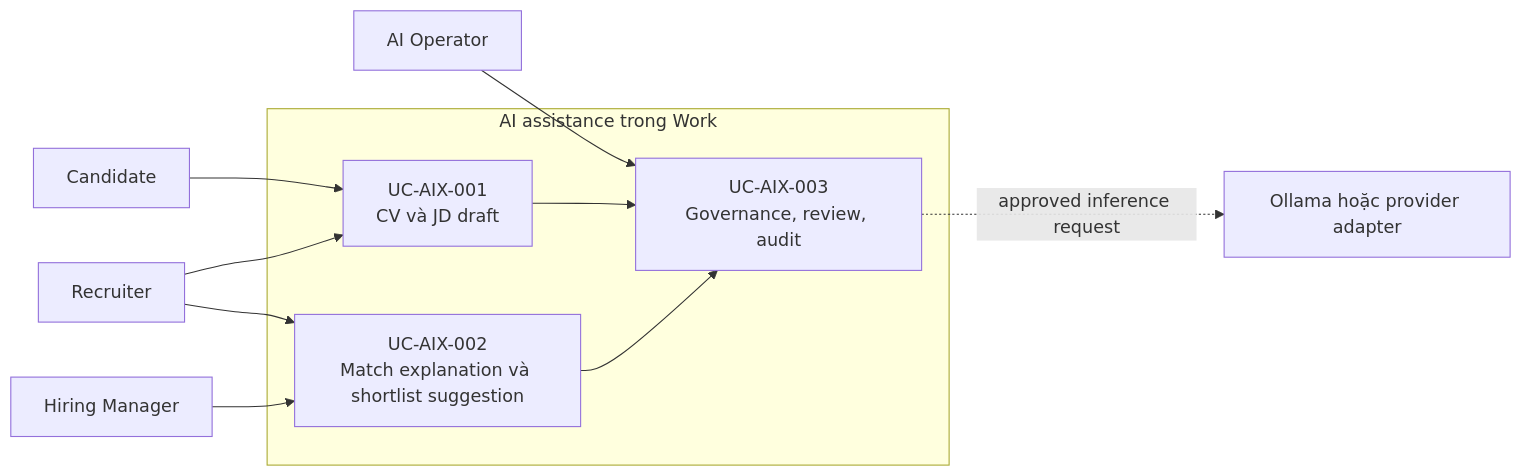
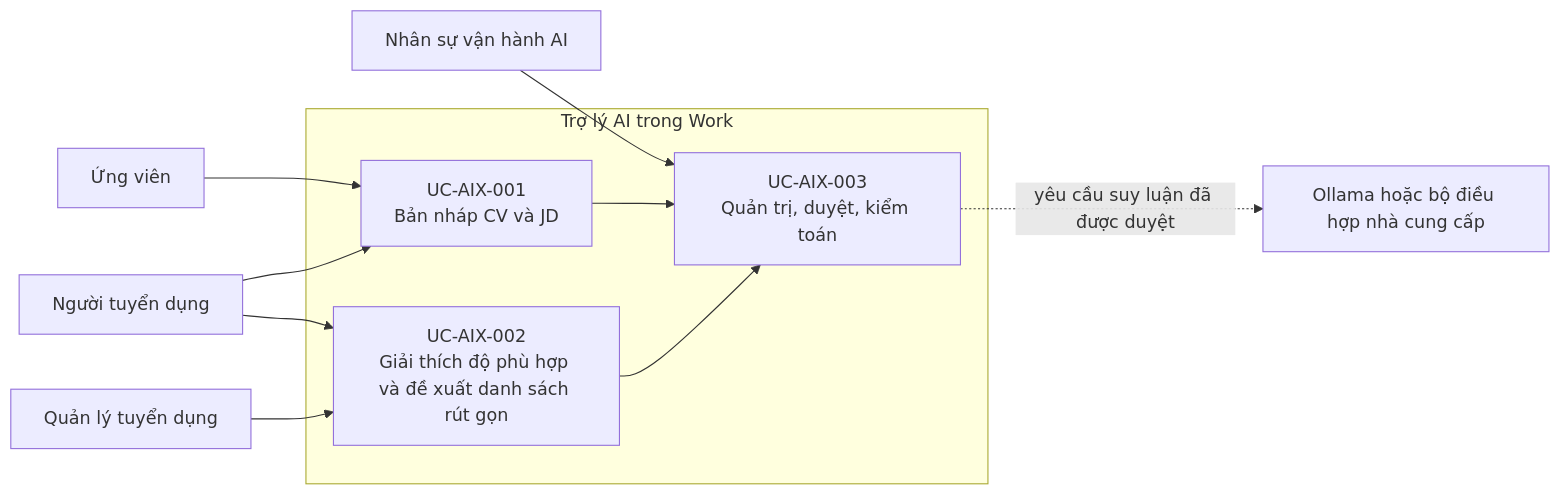
One commit to daovanhung-dev/Study2Work changed the sixth of 47 diagrams in docs/BD/02_BIEU_DO_HE_THONG.md. Above: the diagram before and after it, drawn with Mermaid. The commit also changed other lines of this file and 2295 other files, not shown here.

````diff
--- a/docs/BD/02_BIEU_DO_HE_THONG.md
+++ b/docs/BD/02_BIEU_DO_HE_THONG.md
@@ -275,23 +275,23 @@
 ```mermaid
 flowchart LR
-    Candidate[Candidate]
-    Recruiter[Recruiter]
-    Hiring[Hiring Manager]
-    AIOps[AI Operator]
-    Provider[Ollama hoặc provider adapter]
+    Candidate[Ứng viên]
+    Recruiter[Người tuyển dụng]
+    Hiring[Quản lý tuyển dụng]
+    AIOps[Nhân sự vận hành AI]
+    Provider[Ollama hoặc bộ điều hợp nhà cung cấp]
 
-    subgraph AIX[AI assistance trong Work]
-        Draft["UC-AIX-001<br/>CV và JD draft"]
-        Match["UC-AIX-002<br/>Match explanation và shortlist suggestion"]
-        Govern["UC-AIX-003<br/>Governance, review, audit"]
+    subgraph AIX[Trợ lý AI trong Work]
+        Draft["UC-AIX-001<br/>Bản nháp CV và JD"]
+        Match["UC-AIX-002<br/>Giải thích độ phù hợp và đề xuất danh sách rút gọn"]
+        Govern["UC-AIX-003<br/>Quản trị, duyệt, kiểm toán"]
     end
 
     Candidate --> Draft
     Recruiter --> Draft
     Recruiter --> Match
     Hiring --> Match
     AIOps --> Govern
     Draft --> Govern
     Match --> Govern
-    Govern -. approved inference request .-> Provider
+    Govern -. yêu cầu suy luận đã được duyệt .-> Provider
 ```
````
